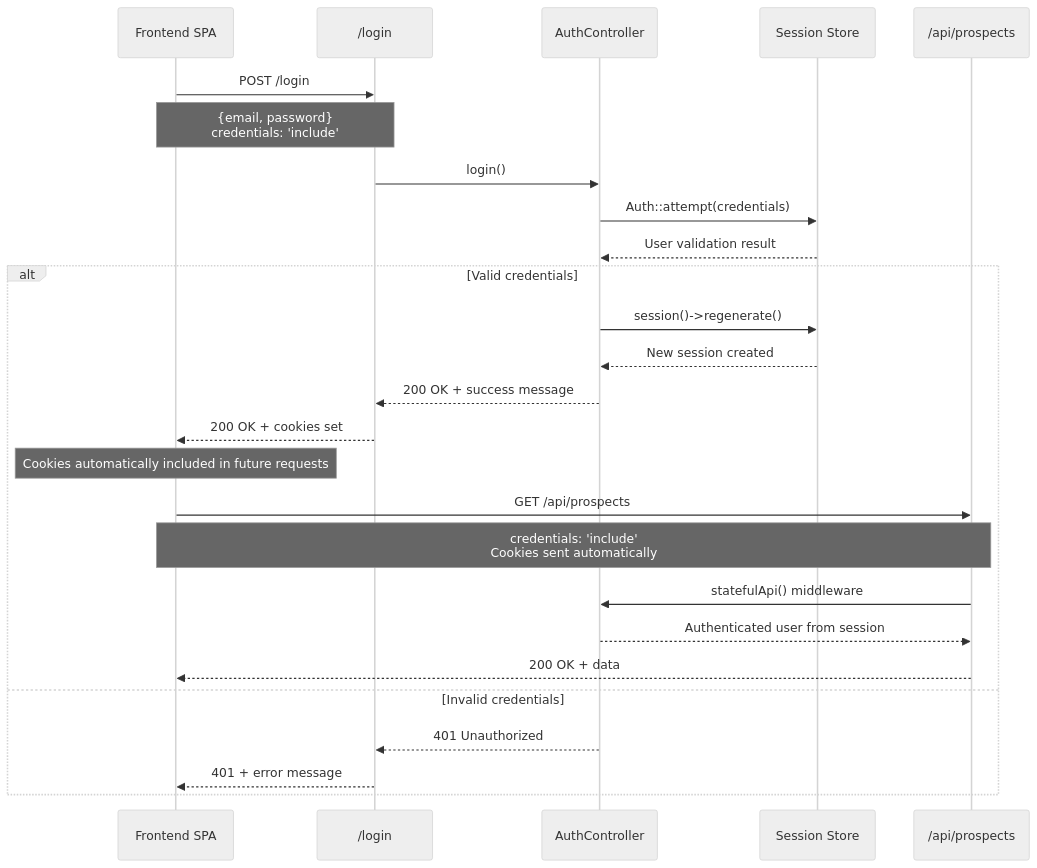
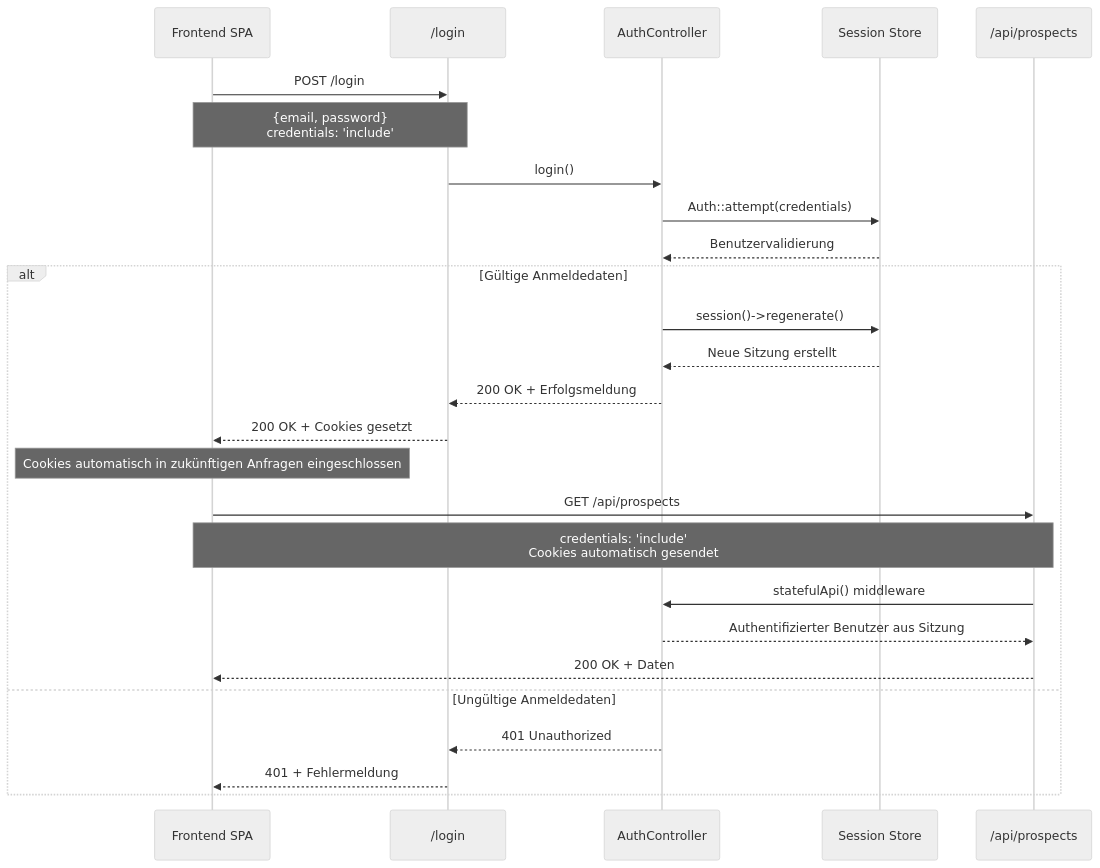
One commit to chrisoco/APDE_BE changed the second of 2 diagrams in docs/src/Auth.md. Above: the diagram before and after it, drawn with Mermaid (neutral theme). The commit also changed other lines of this file and 14 other files, not shown here.

````diff
--- a/docs/src/Auth.md
+++ b/docs/src/Auth.md
@@ -50,32 +50,32 @@
 ```mermaid
 sequenceDiagram
     participant SPA as Frontend SPA
     participant Web as /login
     participant Auth as AuthController
     participant Session as Session Store
     participant API as /api/prospects
 
     SPA->>Web: POST /login
     Note over SPA,Web: {email, password}<br/>credentials: 'include'
-    
+
     Web->>Auth: login()
     Auth->>Session: Auth::attempt(credentials)
-    Session-->>Auth: User validation result
-    
-    alt Valid credentials
+    Session-->>Auth: Benutzervalidierung
+
+    alt Gültige Anmeldedaten
         Auth->>Session: session()->regenerate()
-        Session-->>Auth: New session created
-        Auth-->>Web: 200 OK + success message
-        Web-->>SPA: 200 OK + cookies set
-        Note over SPA: Cookies automatically included in future requests
-        
+        Session-->>Auth: Neue Sitzung erstellt
+        Auth-->>Web: 200 OK + Erfolgsmeldung
+        Web-->>SPA: 200 OK + Cookies gesetzt
+        Note over SPA: Cookies automatisch in zukünftigen Anfragen eingeschlossen
+
         SPA->>API: GET /api/prospects
-        Note over SPA,API: credentials: 'include'<br/>Cookies sent automatically
+        Note over SPA,API: credentials: 'include'<br/>Cookies automatisch gesendet
         API->>Auth: statefulApi() middleware
-        Auth-->>API: Authenticated user from session
-        API-->>SPA: 200 OK + data
-    else Invalid credentials
+        Auth-->>API: Authentifizierter Benutzer aus Sitzung
+        API-->>SPA: 200 OK + Daten
+    else Ungültige Anmeldedaten
         Auth-->>Web: 401 Unauthorized
-        Web-->>SPA: 401 + error message
+        Web-->>SPA: 401 + Fehlermeldung
     end
 ```
````
